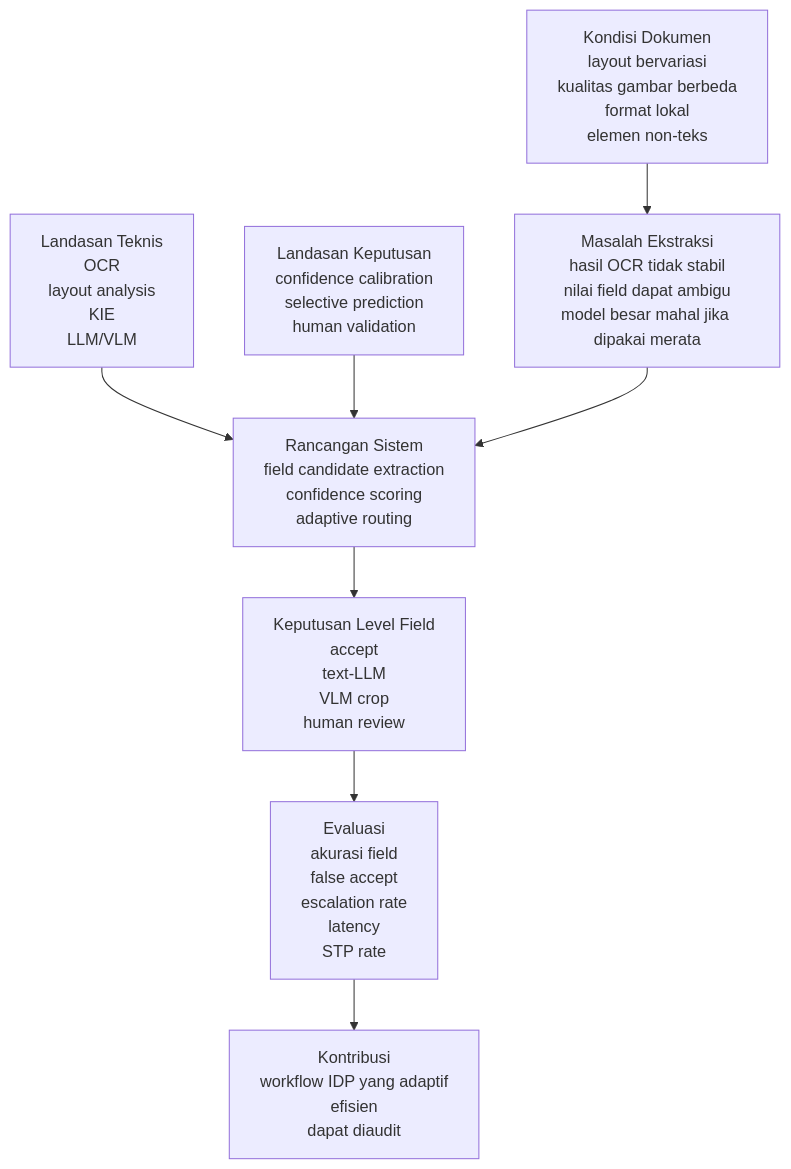
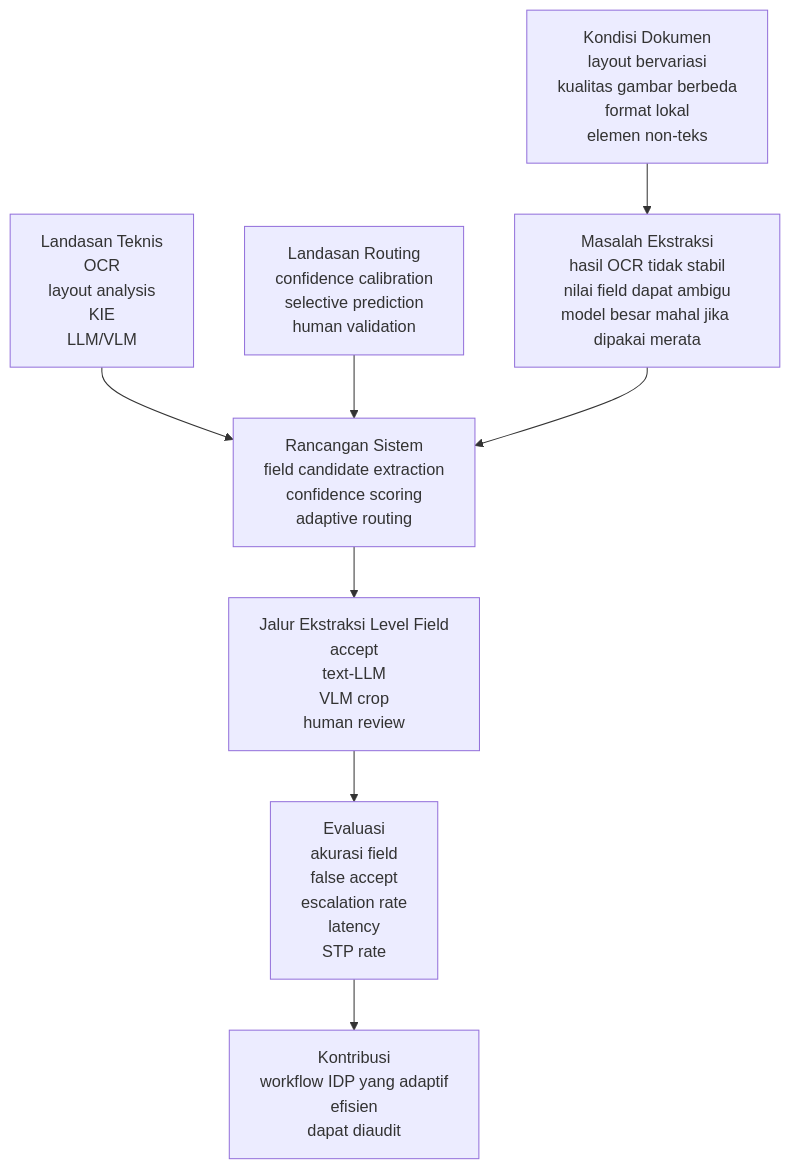
One commit to kennceha-dev/thesis-s2 changed the first of 2 diagrams in metodologi_field_aware_confidence_routing.md. Above: the diagram before and after it, drawn with Mermaid. The commit also changed other lines of this file and 2 other files, not shown here.

````diff
--- a/metodologi_field_aware_confidence_routing.md
+++ b/metodologi_field_aware_confidence_routing.md
@@ -6,15 +6,15 @@
 ```mermaid
 flowchart TD
     A["Kondisi Dokumen<br/>layout bervariasi<br/>kualitas gambar berbeda<br/>format lokal<br/>elemen non-teks"] --> D["Masalah Ekstraksi<br/>hasil OCR tidak stabil<br/>nilai field dapat ambigu<br/>model besar mahal jika dipakai merata"]
 
     B["Landasan Teknis<br/>OCR<br/>layout analysis<br/>KIE<br/>LLM/VLM"] --> E["Rancangan Sistem<br/>field candidate extraction<br/>confidence scoring<br/>adaptive routing"]
 
-    C["Landasan Keputusan<br/>confidence calibration<br/>selective prediction<br/>human validation"] --> E
+    C["Landasan Routing<br/>confidence calibration<br/>selective prediction<br/>human validation"] --> E
     D --> E
 
-    E --> F["Keputusan Level Field<br/>accept<br/>text-LLM<br/>VLM crop<br/>human review"]
+    E --> F["Jalur Ekstraksi Level Field<br/>accept<br/>text-LLM<br/>VLM crop<br/>human review"]
 
     F --> G["Evaluasi<br/>akurasi field<br/>false accept<br/>escalation rate<br/>latency<br/>STP rate"]
 
     G --> H["Kontribusi<br/>workflow IDP yang adaptif<br/>efisien<br/>dapat diaudit"]
 ```
````
